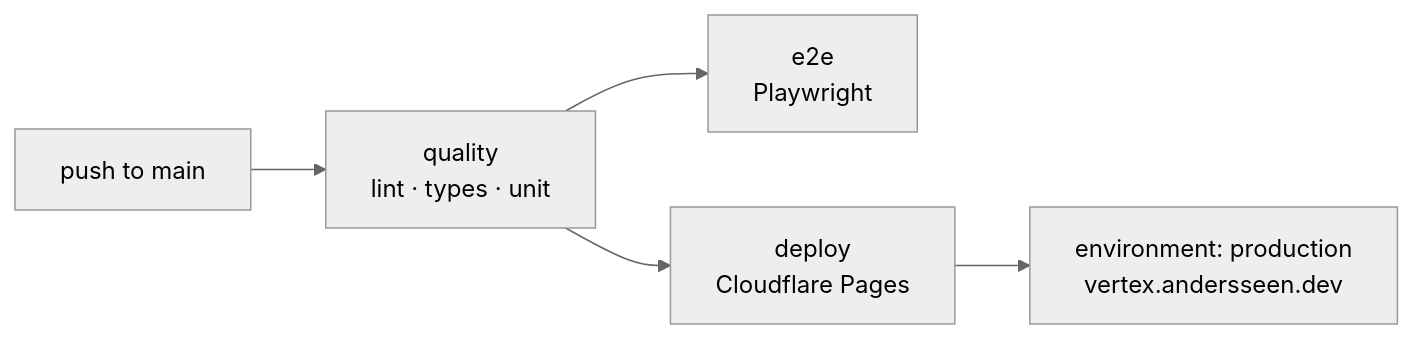
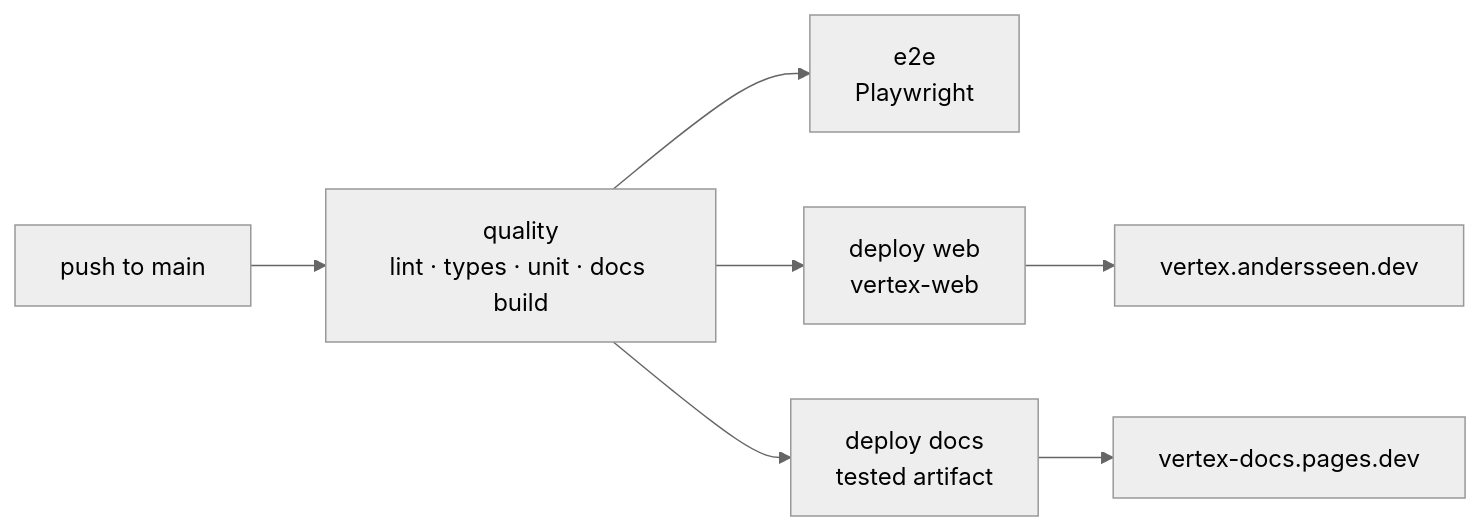
The diagram in docs/DEPLOYMENT.md (Andersseen/vertex), drawn with Mermaid (neutral theme) before and after one commit. The commit also changed other lines of this file and 12 other files, not shown here.

Commit message:
ci: deploy documentation to cloudflare pages

````diff
--- a/docs/DEPLOYMENT.md
+++ b/docs/DEPLOYMENT.md
@@ -20,7 +17,9 @@
 ```mermaid
 flowchart LR
-  A[push to main] --> B[quality<br/>lint · types · unit]
+  A[push to main] --> B[quality<br/>lint · types · unit · docs build]
   B --> C[e2e<br/>Playwright]
-  B --> D[deploy<br/>Cloudflare Pages]
-  D --> E[environment: production<br/>vertex.andersseen.dev]
+  B --> D[deploy web<br/>vertex-web]
+  B --> E[deploy docs<br/>tested artifact]
+  D --> F[vertex.andersseen.dev]
+  E --> G[vertex-docs.pages.dev]
 ```
````
